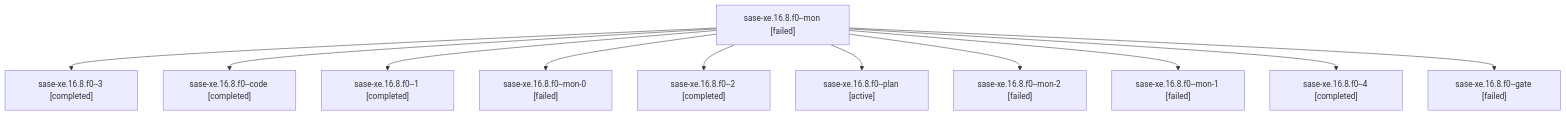
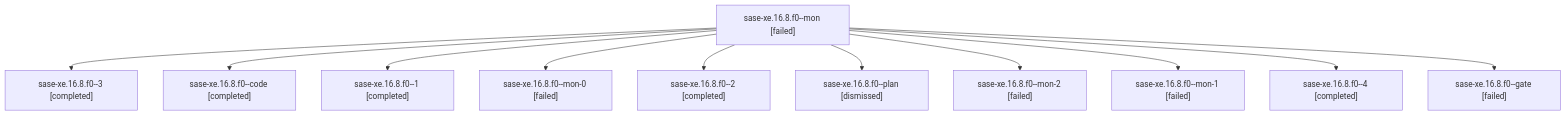
One commit to sase-org/sase--agents changed the diagram in sessions/bbugyi200.athena.sase-xe.16.8.f0.md. Above: the diagram before and after it, drawn with Mermaid. The commit also changed other lines of this file and 323 other files, not shown here.

````diff
--- a/sessions/bbugyi200.athena.sase-xe.16.8.f0.md
+++ b/sessions/bbugyi200.athena.sase-xe.16.8.f0.md
@@ -9,24 +9,24 @@
 ```mermaid
 flowchart TD
   n0["sase-xe.16.8.f0--mon [failed]"]
   n1["sase-xe.16.8.f0--3 [completed]"]
   n0 --> n1
   n2["sase-xe.16.8.f0--code [completed]"]
   n0 --> n2
   n3["sase-xe.16.8.f0--1 [completed]"]
   n0 --> n3
   n4["sase-xe.16.8.f0--mon-0 [failed]"]
   n0 --> n4
   n5["sase-xe.16.8.f0--2 [completed]"]
   n0 --> n5
-  n6["sase-xe.16.8.f0--plan [active]"]
+  n6["sase-xe.16.8.f0--plan [dismissed]"]
   n0 --> n6
   n7["sase-xe.16.8.f0--mon-2 [failed]"]
   n0 --> n7
   n8["sase-xe.16.8.f0--mon-1 [failed]"]
   n0 --> n8
   n9["sase-xe.16.8.f0--4 [completed]"]
   n0 --> n9
   n10["sase-xe.16.8.f0--gate [failed]"]
   n0 --> n10
 ```
````
